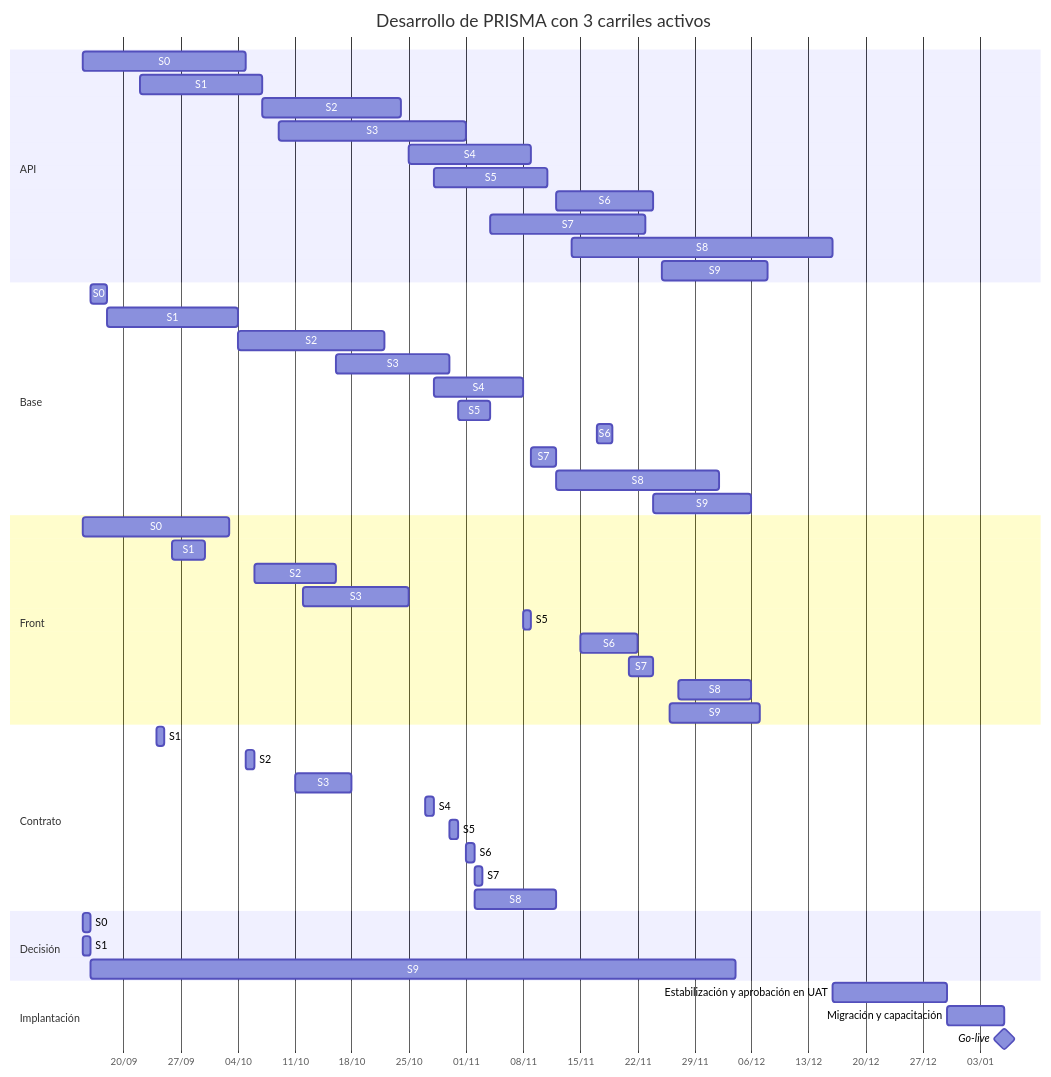
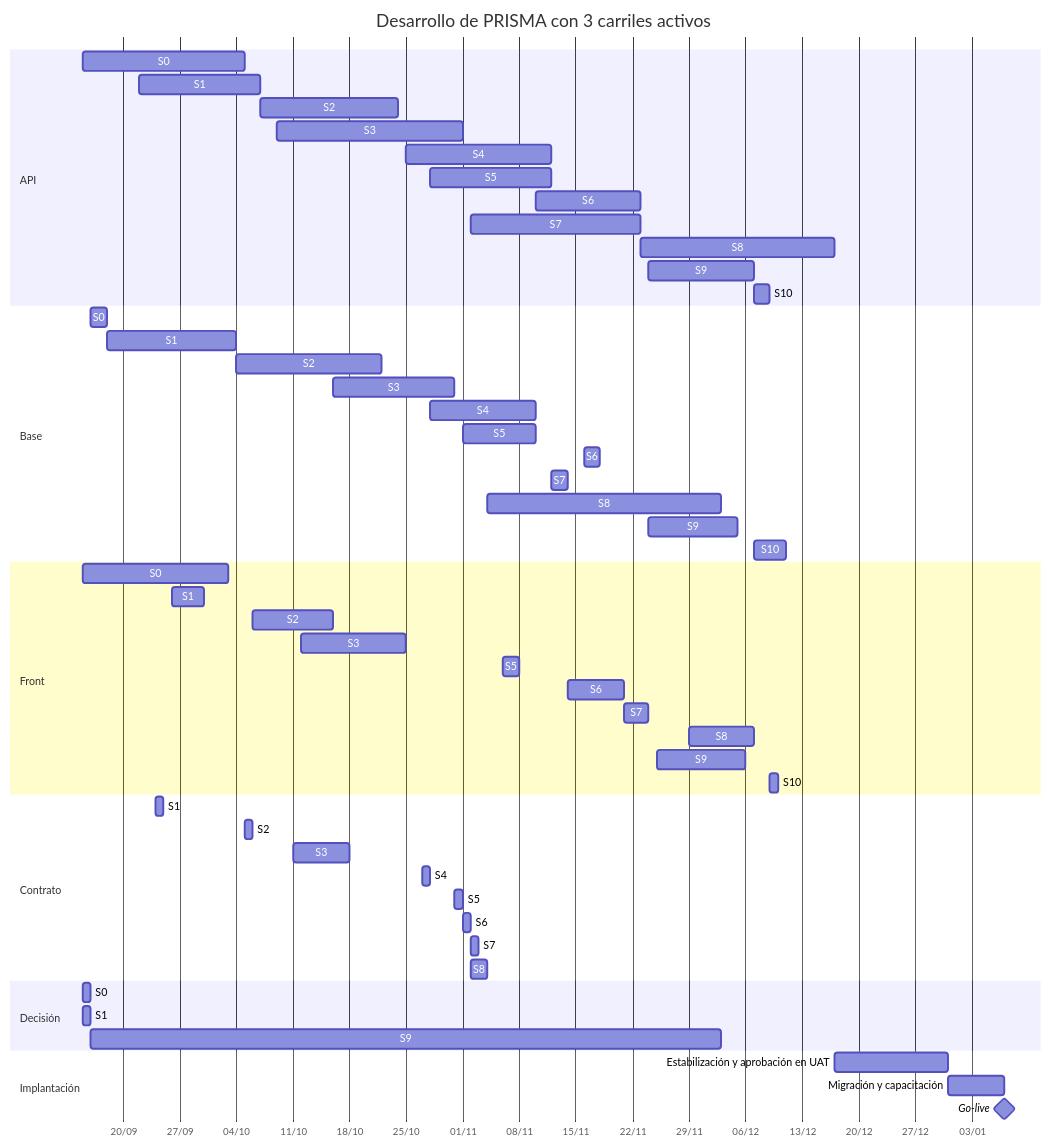
The first of 2 diagrams in docs/08-plan-de-desarrollo.md (Juanchope039/Finanzas-PRISMA), drawn with Mermaid before and after one commit. The commit also changed other lines of this file and 34 other files, not shown here.

````diff
--- a/docs/08-plan-de-desarrollo.md
+++ b/docs/08-plan-de-desarrollo.md
@@ -241,61 +241,64 @@
 ```mermaid
 gantt
     title Desarrollo de PRISMA con 3 carriles activos
     dateFormat YYYY-MM-DD
     axisFormat %d/%m
 
     section API
     S0 :api0, 2026-09-15, 2026-10-05
     S1 :api1, 2026-09-22, 2026-10-07
     S2 :api2, 2026-10-07, 2026-10-24
     S3 :api3, 2026-10-09, 2026-11-01
-    S4 :api4, 2026-10-25, 2026-11-09
-    S5 :api5, 2026-10-28, 2026-11-11
-    S6 :api6, 2026-11-12, 2026-11-24
-    S7 :api7, 2026-11-04, 2026-11-23
-    S8 :api8, 2026-11-14, 2026-12-16
-    S9 :api9, 2026-11-25, 2026-12-08
+    S4 :api4, 2026-10-25, 2026-11-12
+    S5 :api5, 2026-10-28, 2026-11-12
+    S6 :api6, 2026-11-10, 2026-11-23
+    S7 :api7, 2026-11-02, 2026-11-23
+    S8 :api8, 2026-11-23, 2026-12-17
+    S9 :api9, 2026-11-24, 2026-12-07
+    S10 :api10, 2026-12-07, 2026-12-09
 
     section Base
     S0 :base0, 2026-09-16, 2026-09-18
     S1 :base1, 2026-09-18, 2026-10-04
     S2 :base2, 2026-10-04, 2026-10-22
-    S3 :base3, 2026-10-16, 2026-10-30
-    S4 :base4, 2026-10-28, 2026-11-08
-    S5 :base5, 2026-10-31, 2026-11-04
-    S6 :base6, 2026-11-17, 2026-11-19
-    S7 :base7, 2026-11-09, 2026-11-12
-    S8 :base8, 2026-11-12, 2026-12-02
-    S9 :base9, 2026-11-24, 2026-12-06
+    S3 :base3, 2026-10-16, 2026-10-31
+    S4 :base4, 2026-10-28, 2026-11-10
+    S5 :base5, 2026-11-01, 2026-11-10
+    S6 :base6, 2026-11-16, 2026-11-18
+    S7 :base7, 2026-11-12, 2026-11-14
+    S8 :base8, 2026-11-04, 2026-12-03
+    S9 :base9, 2026-11-24, 2026-12-05
+    S10 :base10, 2026-12-07, 2026-12-11
 
     section Front
     S0 :front0, 2026-09-15, 2026-10-03
     S1 :front1, 2026-09-26, 2026-09-30
     S2 :front2, 2026-10-06, 2026-10-16
     S3 :front3, 2026-10-12, 2026-10-25
-    S5 :front5, 2026-11-08, 2026-11-09
-    S6 :front6, 2026-11-15, 2026-11-22
+    S5 :front5, 2026-11-06, 2026-11-08
+    S6 :front6, 2026-11-14, 2026-11-21
     S7 :front7, 2026-11-21, 2026-11-24
-    S8 :front8, 2026-11-27, 2026-12-06
-    S9 :front9, 2026-11-26, 2026-12-07
+    S8 :front8, 2026-11-29, 2026-12-07
+    S9 :front9, 2026-11-25, 2026-12-06
+    S10 :front10, 2026-12-09, 2026-12-10
 
     section Contrato
     S1 :contrato1, 2026-09-24, 2026-09-25
     S2 :contrato2, 2026-10-05, 2026-10-06
     S3 :contrato3, 2026-10-11, 2026-10-18
     S4 :contrato4, 2026-10-27, 2026-10-28
-    S5 :contrato5, 2026-10-30, 2026-10-31
+    S5 :contrato5, 2026-10-31, 2026-11-01
     S6 :contrato6, 2026-11-01, 2026-11-02
     S7 :contrato7, 2026-11-02, 2026-11-03
-    S8 :contrato8, 2026-11-02, 2026-11-12
+    S8 :contrato8, 2026-11-02, 2026-11-04
 
     section Decisión
     S0 :decisin0, 2026-09-15, 2026-09-16
     S1 :decisin1, 2026-09-15, 2026-09-16
-    S9 :decisin9, 2026-09-16, 2026-12-04
+    S9 :decisin9, 2026-09-16, 2026-12-03
 
     section Implantación
-    Estabilización y aprobación en UAT :est, 2026-12-16, 2026-12-30
-    Migración y capacitación :mig, 2026-12-30, 2027-01-06
-    Go-live :milestone, 2027-01-06, 0d
+    Estabilización y aprobación en UAT :est, 2026-12-17, 2026-12-31
+    Migración y capacitación :mig, 2026-12-31, 2027-01-07
+    Go-live :milestone, 2027-01-07, 0d
 ```
````
